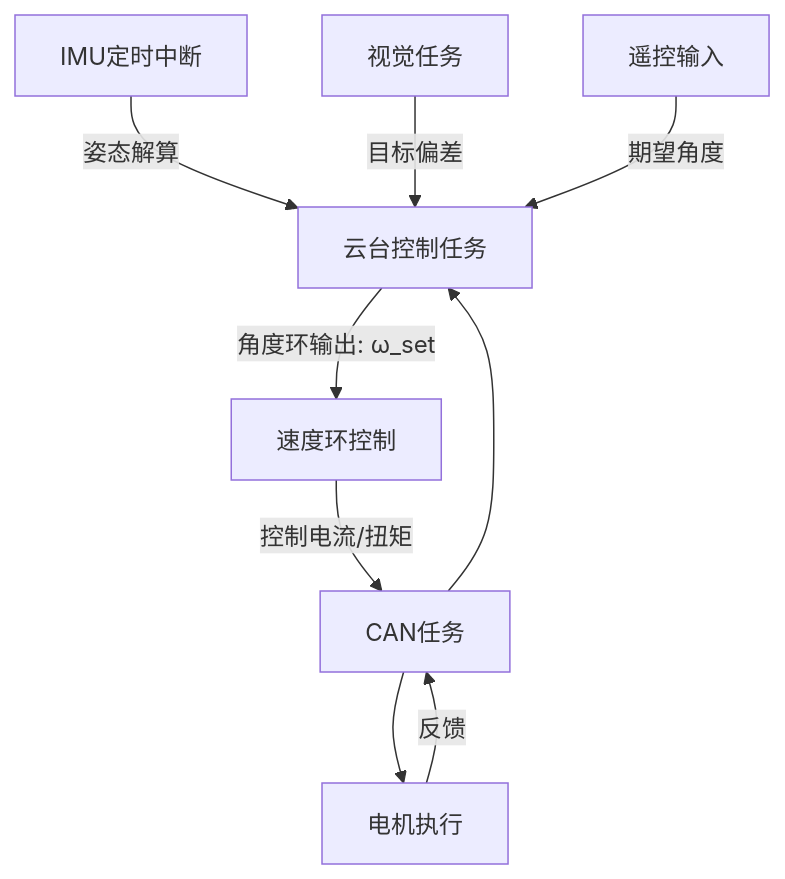
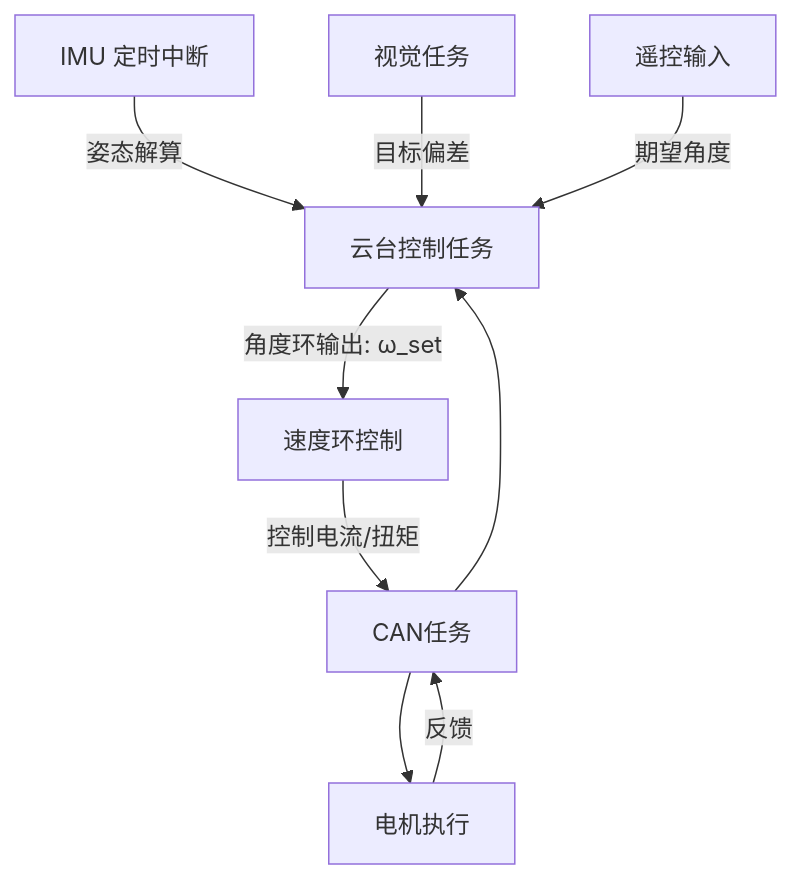
Before and after one commit to 01jia-acc/gimbal_cooperations: the diagram in readme.md, drawn with Mermaid. The commit also changed other lines of this file, not shown here.

````diff
--- a/readme.md
+++ b/readme.md
@@ -79,12 +113,12 @@
 ```mermaid
 flowchart TD
-    IMU[IMU定时中断] -->|姿态解算| CTRL[云台控制任务]
+    IMU[IMU 定时中断] -->|姿态解算| CTRL[云台控制任务]
     VISION[视觉任务] -->|目标偏差| CTRL
     RC[遥控输入] -->|期望角度| CTRL
 
     CTRL -->|角度环输出: ω_set| RATE[速度环控制]
     RATE -->|控制电流/扭矩| CAN[CAN任务]
     CAN --> MOTOR[电机执行]
     MOTOR -->|反馈| CAN
     CAN --> CTRL
 ```
````
